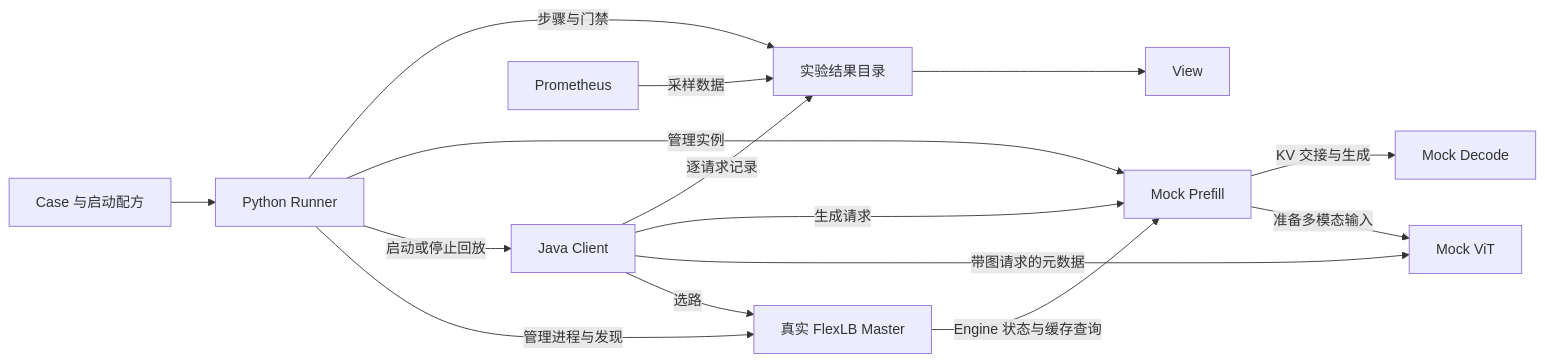
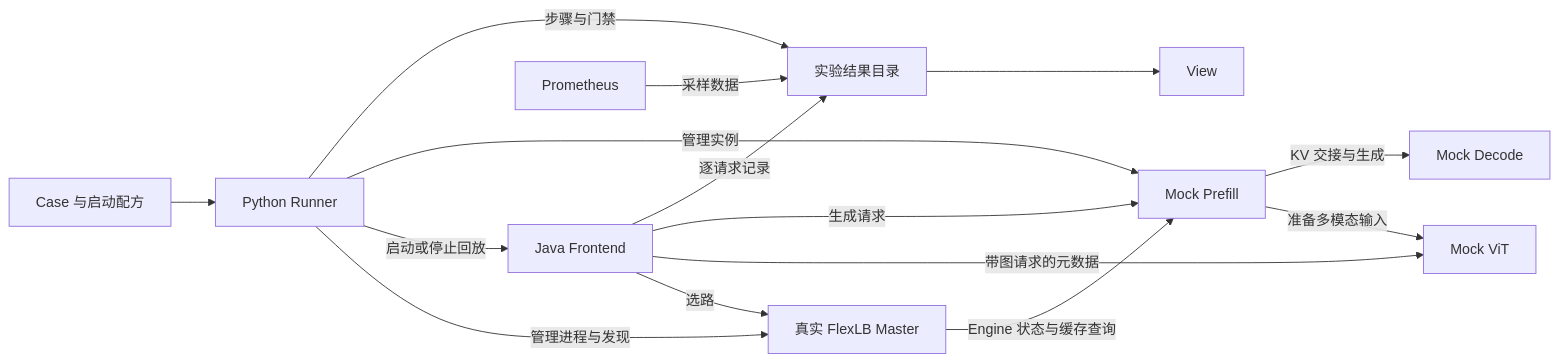
Before and after one commit to alibaba/rtp-llm: the first of 2 diagrams in rtp_llm/flexlb/mock-framework/docs/architecture.md, drawn with Mermaid. The commit also changed other lines of this file and 152 other files, not shown here.

First line of the commit message:
fix(mock): restore build and local Master compatibility

````diff
--- a/rtp_llm/flexlb/mock-framework/docs/architecture.md
+++ b/rtp_llm/flexlb/mock-framework/docs/architecture.md
@@ -9,17 +9,17 @@
 ```mermaid
 flowchart LR
     case["Case 与启动配方"] --> runner["Python Runner"]
     runner -->|管理进程与发现| master["真实 FlexLB Master"]
-    runner -->|启动或停止回放| client["Java Client"]
+    runner -->|启动或停止回放| frontend["Java Frontend"]
     runner -->|管理实例| p["Mock Prefill"]
-    client -->|选路| master
+    frontend -->|选路| master
     master -->|Engine 状态与缓存查询| p
-    client -->|带图请求的元数据| v["Mock ViT"]
-    client -->|生成请求| p
+    frontend -->|带图请求的元数据| v["Mock ViT"]
+    frontend -->|生成请求| p
     p -->|准备多模态输入| v
     p -->|KV 交接与生成| d["Mock Decode"]
     runner -->|步骤与门禁| result["实验结果目录"]
-    client -->|逐请求记录| result
+    frontend -->|逐请求记录| result
     metrics["Prometheus"] -->|采样数据| result
     result --> view["View"]
 ```
````
